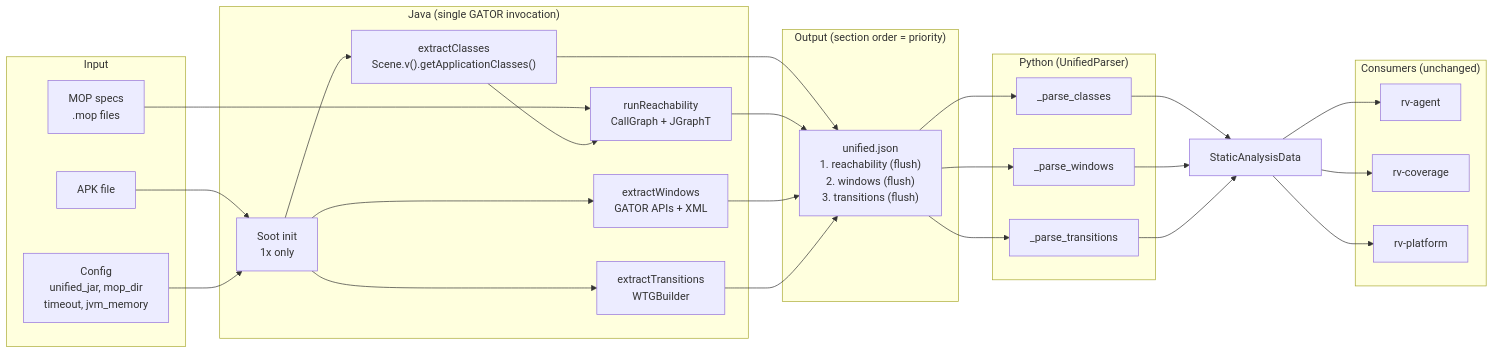
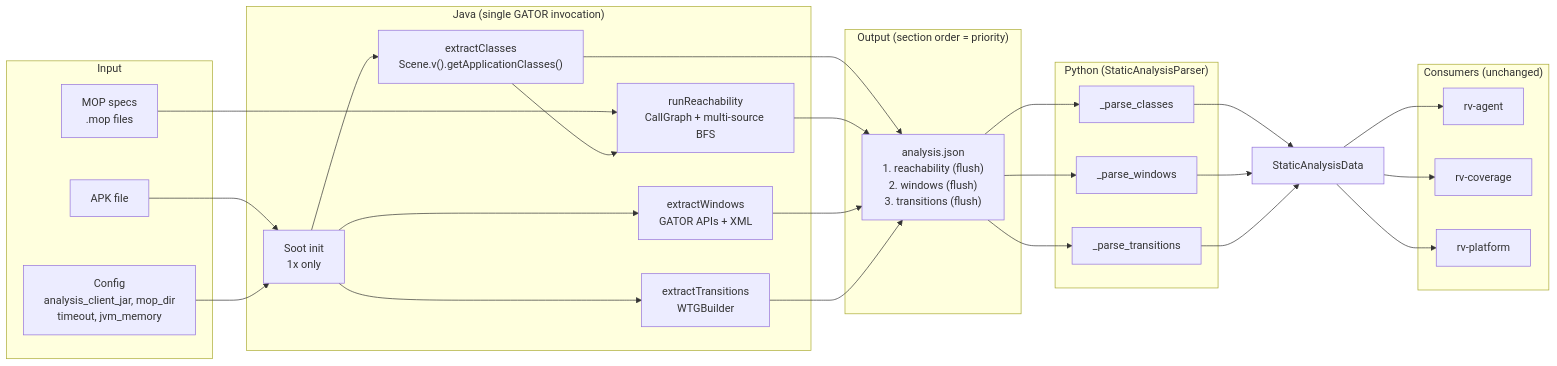
Before and after one commit to PAMunb/rvsec: the fourth of 4 diagrams in rv-android/openspec/changes/gh27-unified-static-analysis/design.md, drawn with Mermaid. The commit also changed other lines of this file and 4 other files, not shown here.

````diff
--- a/rv-android/openspec/changes/gh27-unified-static-analysis/design.md
+++ b/rv-android/openspec/changes/gh27-unified-static-analysis/design.md
@@ -407,42 +411,42 @@
 ```mermaid
 flowchart LR
     subgraph INPUT["Input"]
         APK[APK file]
         MOP[MOP specs<br/>.mop files]
-        CFG[Config<br/>unified_jar, mop_dir<br/>timeout, jvm_memory]
+        CFG[Config<br/>analysis_client_jar, mop_dir<br/>timeout, jvm_memory]
     end
 
     subgraph JAVA["Java (single GATOR invocation)"]
         SOOT[Soot init<br/>1x only]
         CLASSES["extractClasses<br/>Scene.v().getApplicationClasses()"]
-        REACH[runReachability<br/>CallGraph + JGraphT]
+        REACH[runReachability<br/>CallGraph + multi-source BFS]
         WIN[extractWindows<br/>GATOR APIs + XML]
         WTG[extractTransitions<br/>WTGBuilder]
     end
 
     subgraph OUTPUT_FILE["Output (section order = priority)"]
-        JSON["unified.json<br/>1. reachability (flush)<br/>2. windows (flush)<br/>3. transitions (flush)"]
+        JSON["analysis.json<br/>1. reachability (flush)<br/>2. windows (flush)<br/>3. transitions (flush)"]
     end
 
-    subgraph PYTHON["Python (UnifiedParser)"]
+    subgraph PYTHON["Python (StaticAnalysisParser)"]
         PC[_parse_classes]
         PW[_parse_windows]
         PT[_parse_transitions]
     end
 
     subgraph CONSUMERS["Consumers (unchanged)"]
         AGENT[rv-agent]
         COV[rv-coverage]
         PLAT[rv-platform]
     end
 
     APK --> SOOT
     MOP --> REACH
     CFG --> SOOT
     SOOT --> CLASSES & WIN & WTG
     CLASSES --> REACH
     CLASSES & REACH & WIN & WTG --> JSON
     JSON --> PC & PW & PT
     PC & PW & PT --> SAD[StaticAnalysisData]
     SAD --> AGENT & COV & PLAT
 ```
````
